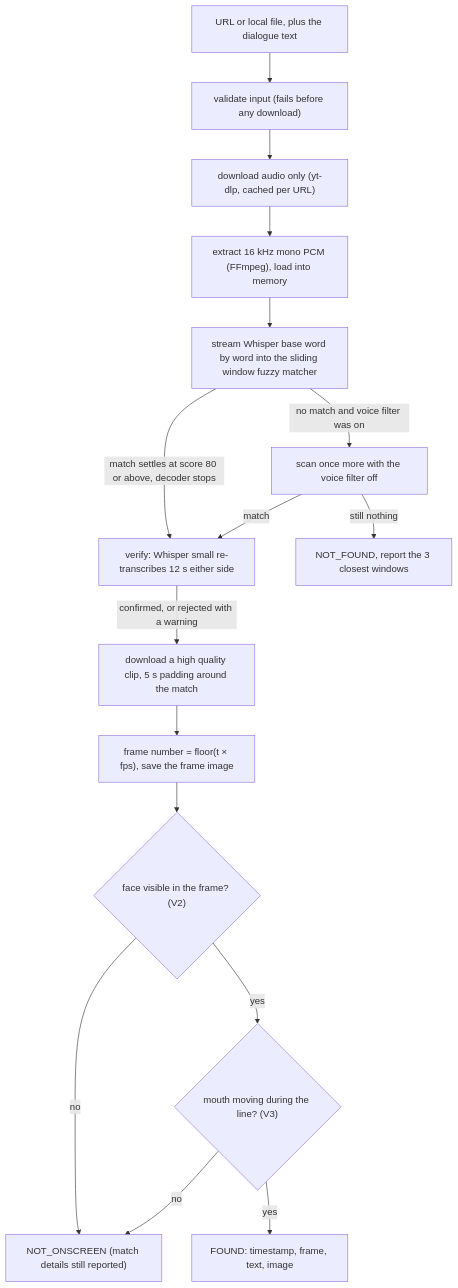
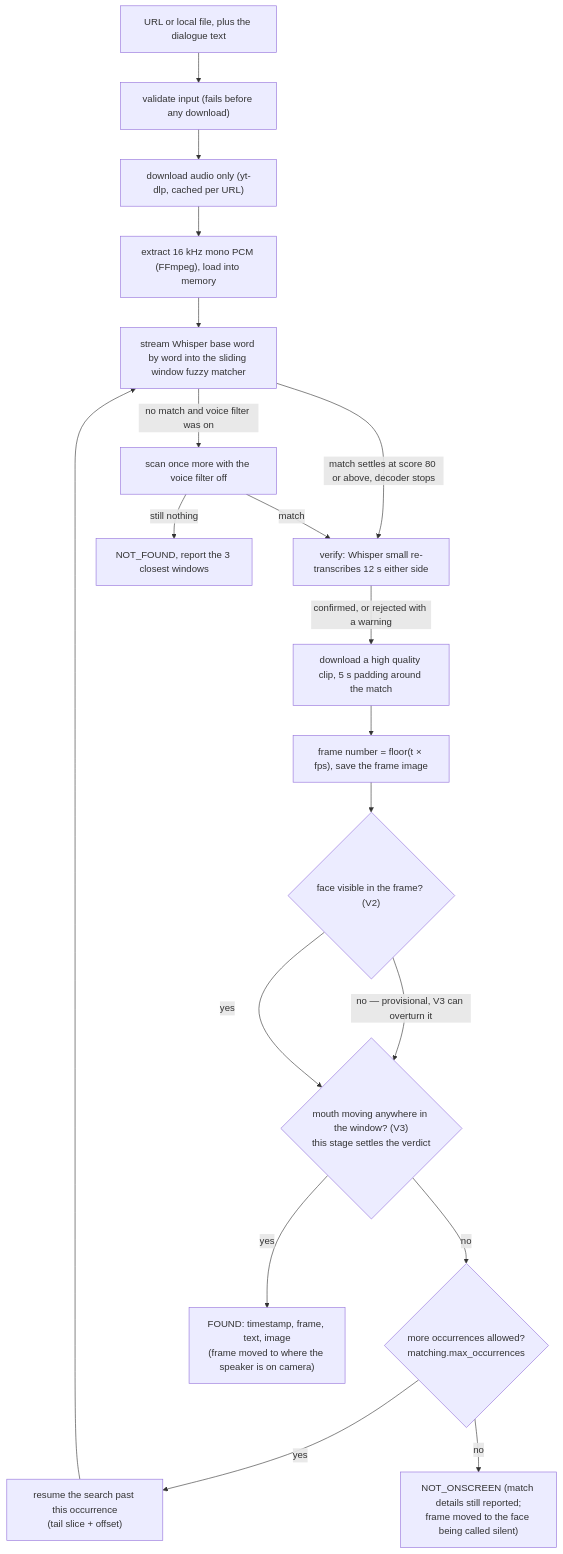
The second of 3 diagrams in docs/02-architecture.md (anjjcodes/quest1), drawn with Mermaid before and after one commit. The commit also changed other lines of this file and 24 other files, not shown here.

````diff
--- a/docs/02-architecture.md
+++ b/docs/02-architecture.md
@@ -54,18 +54,21 @@
 ```mermaid
 flowchart TD
     A["URL or local file, plus the dialogue text"] --> B["validate input (fails before any download)"]
     B --> C["download audio only (yt-dlp, cached per URL)"]
     C --> D["extract 16 kHz mono PCM (FFmpeg), load into memory"]
     D --> E["stream Whisper base word by word into the sliding window fuzzy matcher"]
     E -->|"match settles at score 80 or above, decoder stops"| V["verify: Whisper small re-transcribes 12 s either side"]
     E -->|"no match and voice filter was on"| R["scan once more with the voice filter off"]
     R -->|match| V
     R -->|still nothing| NF["NOT_FOUND, report the 3 closest windows"]
     V -->|"confirmed, or rejected with a warning"| CL["download a high quality clip, 5 s padding around the match"]
     CL --> FR["frame number = floor(t × fps), save the frame image"]
     FR --> FC{"face visible in the frame? (V2)"}
-    FC -->|no| NO["NOT_ONSCREEN (match details still reported)"]
-    FC -->|yes| MM{"mouth moving during the line? (V3)"}
-    MM -->|no| NO
-    MM -->|yes| OK["FOUND: timestamp, frame, text, image"]
+    FC -->|"no — provisional, V3 can overturn it"| MM
+    FC -->|yes| MM{"mouth moving anywhere in the window? (V3)<br/>this stage settles the verdict"}
+    MM -->|no| RETRY{"more occurrences allowed?<br/>matching.max_occurrences"}
+    RETRY -->|yes| RESUME["resume the search past this occurrence<br/>(tail slice + offset)"]
+    RESUME --> E
+    RETRY -->|no| NO["NOT_ONSCREEN (match details still reported;<br/>frame moved to the face being called silent)"]
+    MM -->|yes| OK["FOUND: timestamp, frame, text, image<br/>(frame moved to where the speaker is on camera)"]
 ```
````
